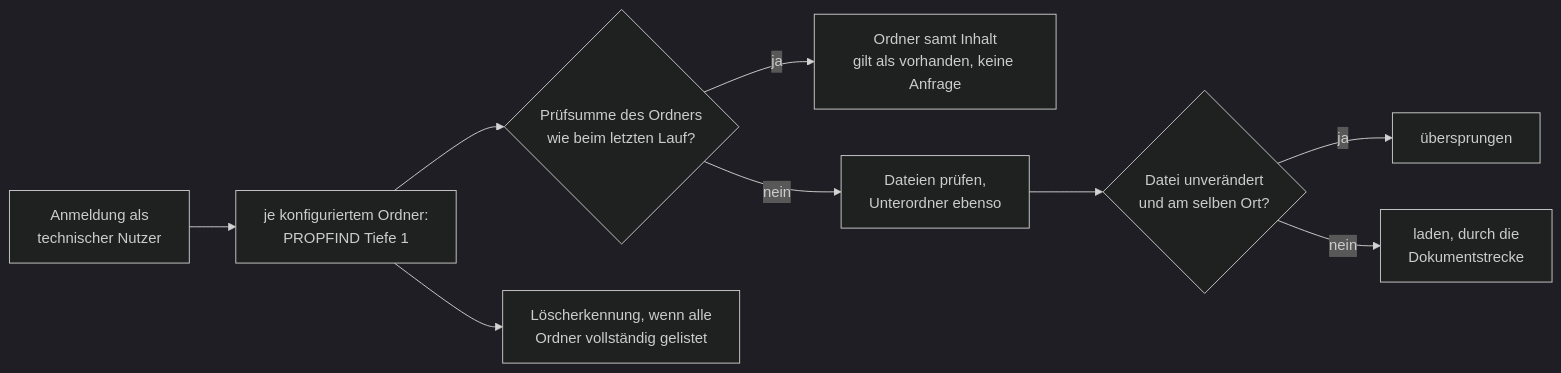
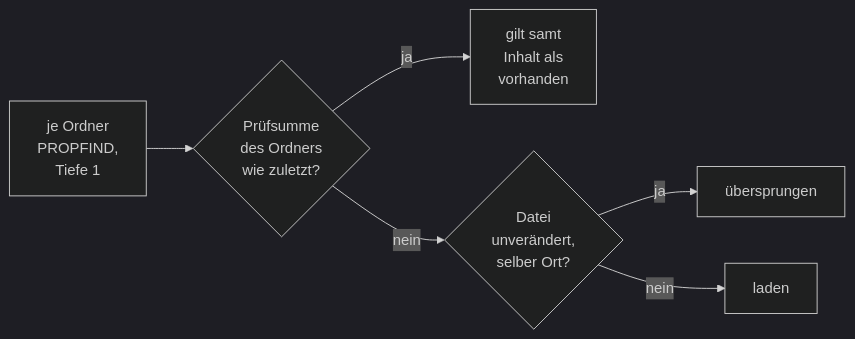
Before and after one commit to criew/opaa: the second of 2 diagrams in docs/handbuch/konnektoren/nextcloud.md, drawn with Mermaid (dark theme). The commit also changed other lines of this file and 16 other files, not shown here.

First line of the commit message:
docs(handbuch): Konnektor-Kapitel vereinheitlichen, gegen den Code prüfen und straffen (#2533)

````diff
--- a/docs/handbuch/konnektoren/nextcloud.md
+++ b/docs/handbuch/konnektoren/nextcloud.md
@@ -47,11 +91,8 @@
 ```mermaid
 flowchart LR
-    A[Anmeldung als<br/>technischer Nutzer] --> B[je konfiguriertem Ordner:<br/>PROPFIND Tiefe 1]
-    B --> C{Prüfsumme des Ordners<br/>wie beim letzten Lauf?}
-    C -- ja --> K[Ordner samt Inhalt<br/>gilt als vorhanden, keine Anfrage]
-    C -- nein --> D[Dateien prüfen,<br/>Unterordner ebenso]
-    D --> E{Datei unverändert<br/>und am selben Ort?}
-    E -- ja --> S[übersprungen]
-    E -- nein --> F[laden, durch die<br/>Dokumentstrecke]
-    B --> R[Löscherkennung, wenn alle<br/>Ordner vollständig gelistet]
+    B[je Ordner<br/>PROPFIND,<br/>Tiefe 1] --> C{Prüfsumme<br/>des Ordners<br/>wie zuletzt?}
+    C -- ja --> K[gilt samt<br/>Inhalt als<br/>vorhanden]
+    C -- nein --> D{Datei<br/>unverändert,<br/>selber Ort?}
+    D -- ja --> S[übersprungen]
+    D -- nein --> F[laden]
 ```
````
